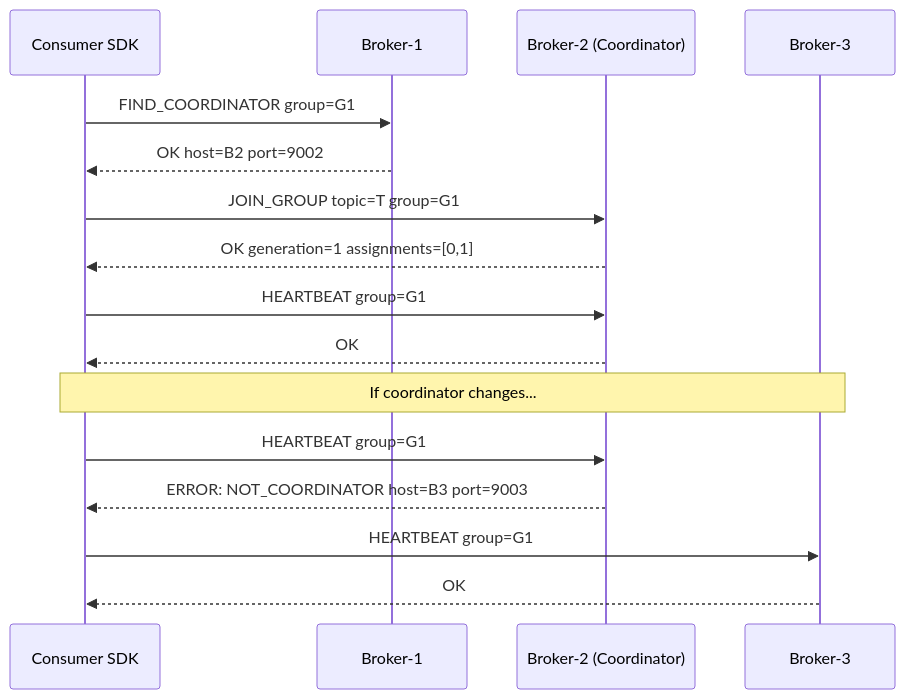
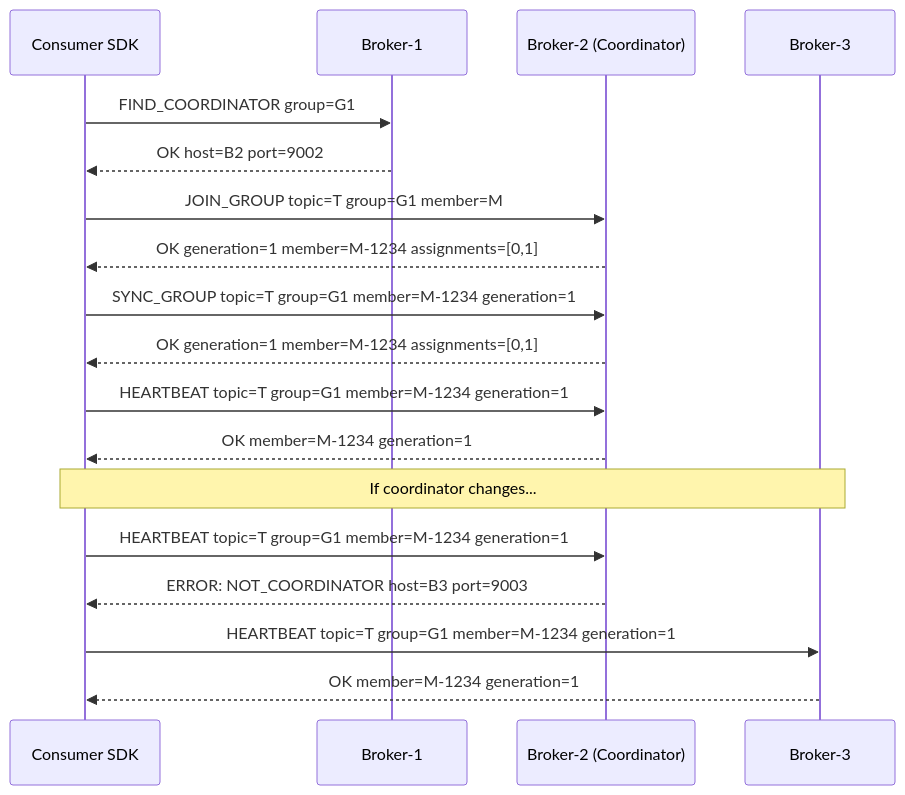
One commit to cursus-io/cursus changed the sixth of 8 diagrams in docs/architecture.md. Above: the diagram before and after it, drawn with Mermaid. The commit also changed 36 other files, not shown here.

````diff
--- a/docs/architecture.md
+++ b/docs/architecture.md
@@ -242,22 +242,24 @@
 ```mermaid
 sequenceDiagram
     participant C as Consumer SDK
     participant B1 as Broker-1
     participant B2 as Broker-2 (Coordinator)
     participant B3 as Broker-3
 
     C->>B1: FIND_COORDINATOR group=G1
     B1-->>C: OK host=B2 port=9002
 
-    C->>B2: JOIN_GROUP topic=T group=G1
-    B2-->>C: OK generation=1 assignments=[0,1]
+    C->>B2: JOIN_GROUP topic=T group=G1 member=M
+    B2-->>C: OK generation=1 member=M-1234 assignments=[0,1]
+    C->>B2: SYNC_GROUP topic=T group=G1 member=M-1234 generation=1
+    B2-->>C: OK generation=1 member=M-1234 assignments=[0,1]
 
-    C->>B2: HEARTBEAT group=G1
-    B2-->>C: OK
+    C->>B2: HEARTBEAT topic=T group=G1 member=M-1234 generation=1
+    B2-->>C: OK member=M-1234 generation=1
 
     Note over C,B3: If coordinator changes...
-    C->>B2: HEARTBEAT group=G1
+    C->>B2: HEARTBEAT topic=T group=G1 member=M-1234 generation=1
     B2-->>C: ERROR: NOT_COORDINATOR host=B3 port=9003
-    C->>B3: HEARTBEAT group=G1
-    B3-->>C: OK
+    C->>B3: HEARTBEAT topic=T group=G1 member=M-1234 generation=1
+    B3-->>C: OK member=M-1234 generation=1
 ```
````
